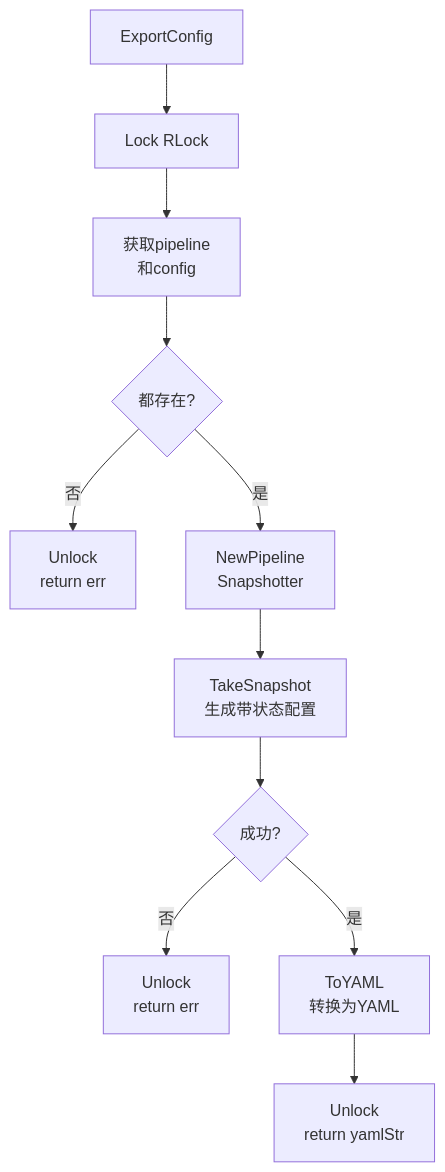
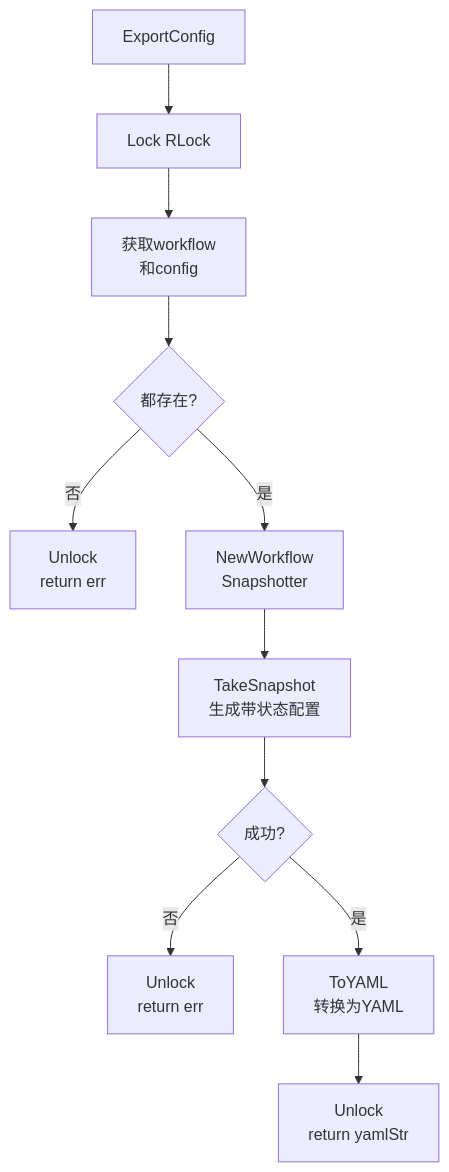
One commit to LerkoX/flowx changed diagram 12 of 12 in FLOWS.md. Above: the diagram before and after it, drawn with Mermaid. The commit also changed other lines of this file and 99 other files, not shown here.

First line of the commit message:
refactor: Pipeline 统一更名为 Workflow

````diff
--- a/FLOWS.md
+++ b/FLOWS.md
@@ -306,15 +306,15 @@
 ```mermaid
 flowchart TD
     A[ExportConfig] --> B[Lock RLock]
-    B --> C[获取pipeline<br/>和config]
+    B --> C[获取workflow<br/>和config]
     C --> D{都存在?}
     D -->|否| E[Unlock<br/>return err]
-    D -->|是| F[NewPipeline<br/>Snapshotter]
+    D -->|是| F[NewWorkflow<br/>Snapshotter]
 
     F --> G[TakeSnapshot<br/>生成带状态配置]
     G --> H{成功?}
     H -->|否| I[Unlock<br/>return err]
     H -->|是| J[ToYAML<br/>转换为YAML]
 
     J --> K[Unlock<br/>return yamlStr]
 ```
````
